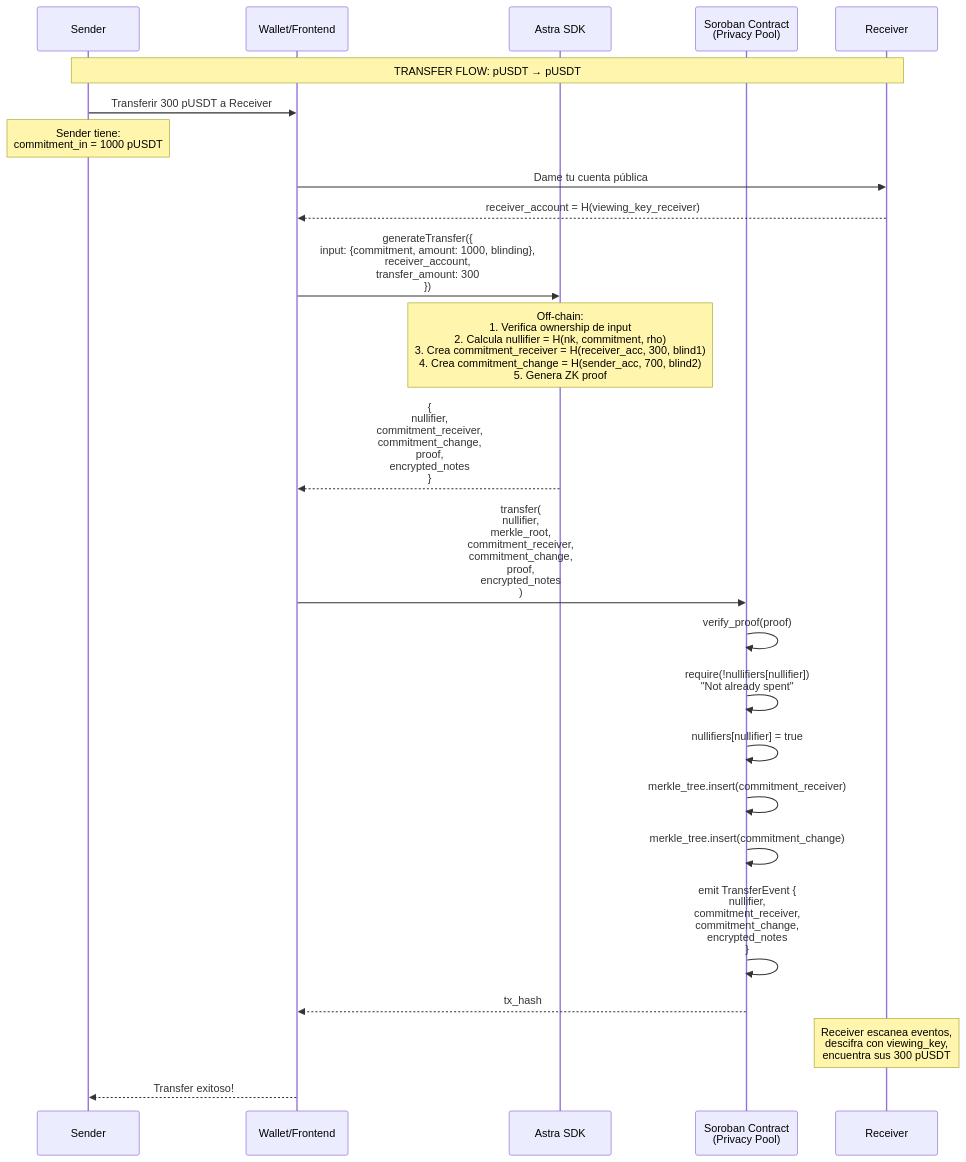
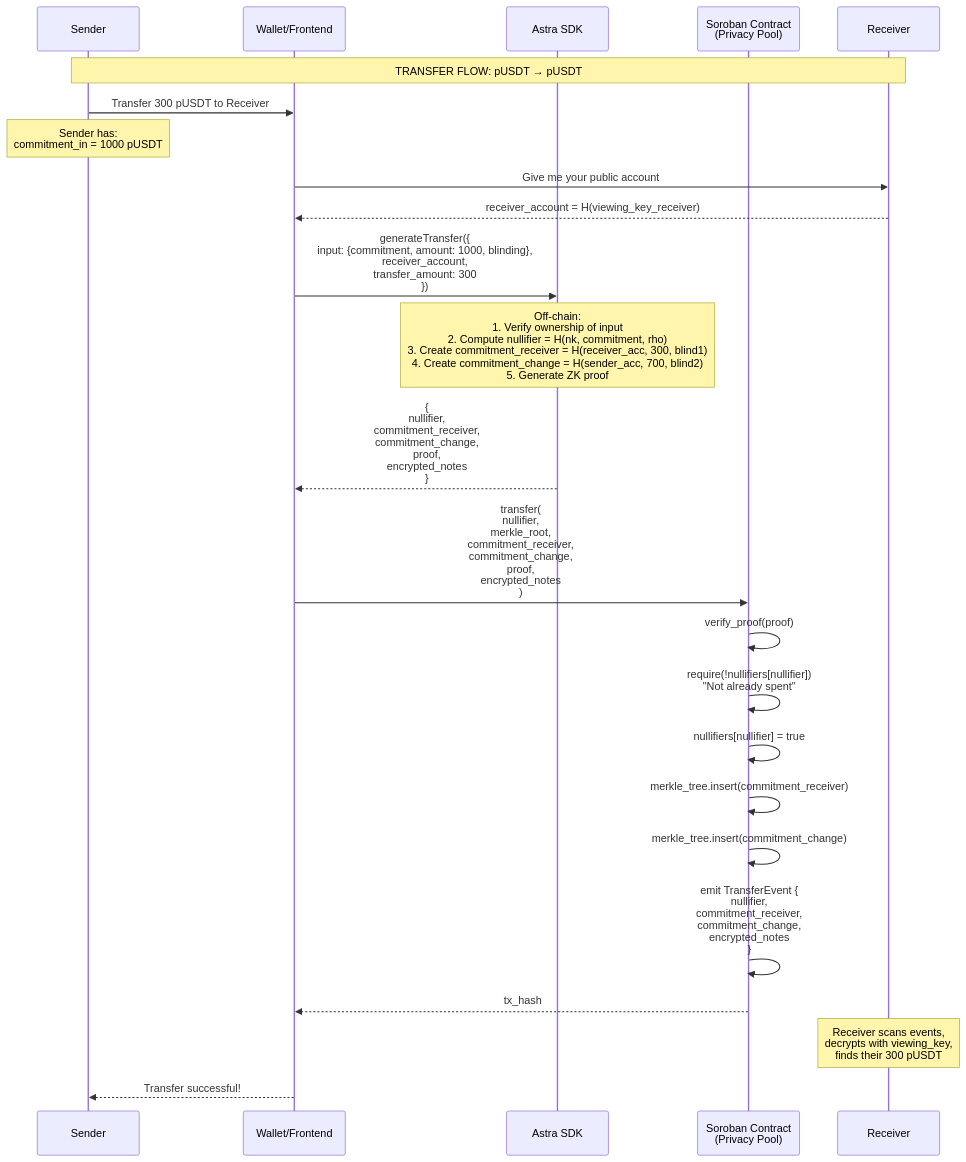
One commit to francoperez03/astra-zk changed the second of 3 diagrams in packages/circuits/docs/FLOWS.md. Above: the diagram before and after it, drawn with Mermaid. The commit also changed other lines of this file, not shown here.

First line of the commit message:
Translate and update Astra Privacy System flows doc

````diff
--- a/packages/circuits/docs/FLOWS.md
+++ b/packages/circuits/docs/FLOWS.md
@@ -174,48 +174,48 @@
 ```mermaid
 sequenceDiagram
     participant S as Sender
     participant W as Wallet/Frontend
     participant SDK as Astra SDK
     participant SC as Soroban Contract<br/>(Privacy Pool)
     participant R as Receiver
 
     Note over S,R: TRANSFER FLOW: pUSDT → pUSDT
 
     %% Setup
-    S->>W: Transferir 300 pUSDT a Receiver
+    S->>W: Transfer 300 pUSDT to Receiver
 
-    Note over S: Sender tiene:<br/>commitment_in = 1000 pUSDT
+    Note over S: Sender has:<br/>commitment_in = 1000 pUSDT
 
     %% Get receiver's public info
-    W->>R: Dame tu cuenta pública
+    W->>R: Give me your public account
     R-->>W: receiver_account = H(viewing_key_receiver)
 
     %% Generate proof off-chain
     W->>SDK: generateTransfer({<br/>  input: {commitment, amount: 1000, blinding},<br/>  receiver_account,<br/>  transfer_amount: 300<br/>})
 
-    Note over SDK: Off-chain:<br/>1. Verifica ownership de input<br/>2. Calcula nullifier = H(nk, commitment, rho)<br/>3. Crea commitment_receiver = H(receiver_acc, 300, blind1)<br/>4. Crea commitment_change = H(sender_acc, 700, blind2)<br/>5. Genera ZK proof
+    Note over SDK: Off-chain:<br/>1. Verify ownership of input<br/>2. Compute nullifier = H(nk, commitment, rho)<br/>3. Create commitment_receiver = H(receiver_acc, 300, blind1)<br/>4. Create commitment_change = H(sender_acc, 700, blind2)<br/>5. Generate ZK proof
 
     SDK-->>W: {<br/>  nullifier,<br/>  commitment_receiver,<br/>  commitment_change,<br/>  proof,<br/>  encrypted_notes<br/>}
 
     %% Submit to contract
     W->>SC: transfer(<br/>  nullifier,<br/>  merkle_root,<br/>  commitment_receiver,<br/>  commitment_change,<br/>  proof,<br/>  encrypted_notes<br/>)
 
     %% Verification
     SC->>SC: verify_proof(proof)
     SC->>SC: require(!nullifiers[nullifier])<br/>"Not already spent"
     SC->>SC: nullifiers[nullifier] = true
 
     %% Update Merkle tree
     SC->>SC: merkle_tree.insert(commitment_receiver)
     SC->>SC: merkle_tree.insert(commitment_change)
 
     %% Emit events
     SC->>SC: emit TransferEvent {<br/>  nullifier,<br/>  commitment_receiver,<br/>  commitment_change,<br/>  encrypted_notes<br/>}
 
     SC-->>W: tx_hash
 
     %% Receiver can now see their note
-    Note over R: Receiver escanea eventos,<br/>descifra con viewing_key,<br/>encuentra sus 300 pUSDT
+    Note over R: Receiver scans events,<br/>decrypts with viewing_key,<br/>finds their 300 pUSDT
 
-    W-->>S: Transfer exitoso!
+    W-->>S: Transfer successful!
 ```
````
